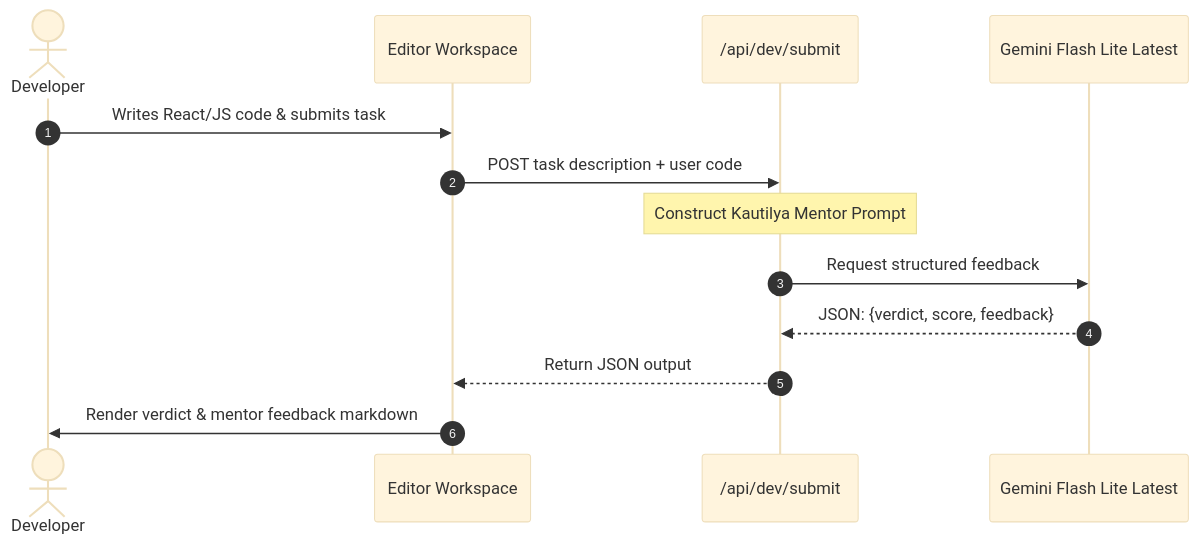
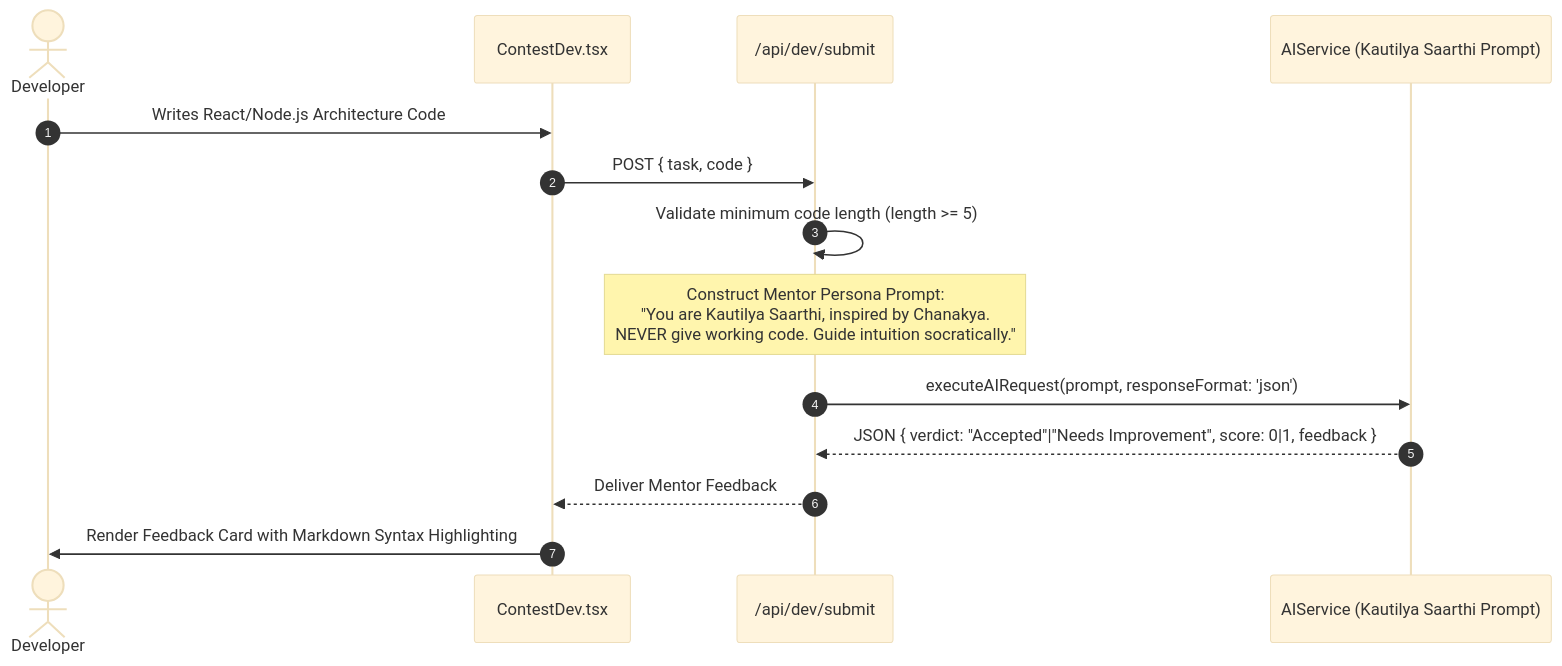
Before and after one commit to DevSars24/codeify: the tenth of 21 diagrams in README.md, drawn with Mermaid (base theme). The commit also changed other lines of this file, not shown here.

````diff
--- a/README.md
+++ b/README.md
@@ -145,15 +393,17 @@
 ```mermaid
 sequenceDiagram
     autonumber
-    actor User as Developer
-    participant FE as Editor Workspace
-    participant API as /api/dev/submit
-    participant Gemini as Gemini Flash Lite Latest
-    User->>FE: Writes React/JS code & submits task
-    FE->>API: POST task description + user code
-    Note over API: Construct Kautilya Mentor Prompt
-    API->>Gemini: Request structured feedback
-    Gemini-->>API: JSON: {verdict, score, feedback}
-    API-->>FE: Return JSON output
-    FE->>User: Render verdict & mentor feedback markdown
+    actor Engineer as Developer
+    participant Client as ContestDev.tsx
+    participant Route as /api/dev/submit
+    participant AI as AIService (Kautilya Saarthi Prompt)
+
+    Engineer->>Client: Writes React/Node.js Architecture Code
+    Client->>Route: POST { task, code }
+    Route->>Route: Validate minimum code length (length >= 5)
+    Note over Route: Construct Mentor Persona Prompt:<br/>"You are Kautilya Saarthi, inspired by Chanakya.<br/>NEVER give working code. Guide intuition socratically."
+    Route->>AI: executeAIRequest(prompt, responseFormat: 'json')
+    AI-->>Route: JSON { verdict: "Accepted"|"Needs Improvement", score: 0|1, feedback }
+    Route-->>Client: Deliver Mentor Feedback
+    Client->>Engineer: Render Feedback Card with Markdown Syntax Highlighting
 ```
````
